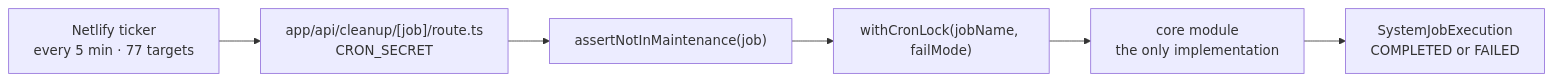
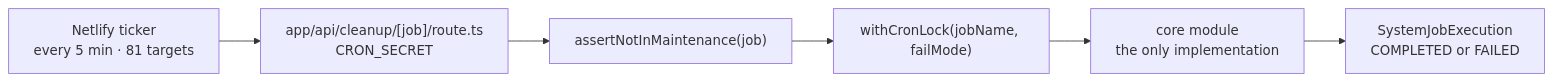
The second of 2 diagrams in docs/start-here/04-platform-architecture.md (Practitionist/familiarise_web), drawn with Mermaid before and after one commit. The commit also changed other lines of this file and 17 other files, not shown here.

````diff
--- a/docs/start-here/04-platform-architecture.md
+++ b/docs/start-here/04-platform-architecture.md
@@ -133,8 +133,8 @@
 ```mermaid
 flowchart LR
-    S1["Netlify ticker<br/>every 5 min · 77 targets"] --> R
+    S1["Netlify ticker<br/>every 5 min · 81 targets"] --> R
     R["app/api/cleanup/[job]/route.ts<br/>CRON_SECRET"] --> G["assertNotInMaintenance(job)"]
     G --> L["withCronLock(jobName, failMode)"]
     L --> C["core module<br/>the only implementation"]
     C --> S["SystemJobExecution<br/>COMPLETED or FAILED"]
 ```
````
